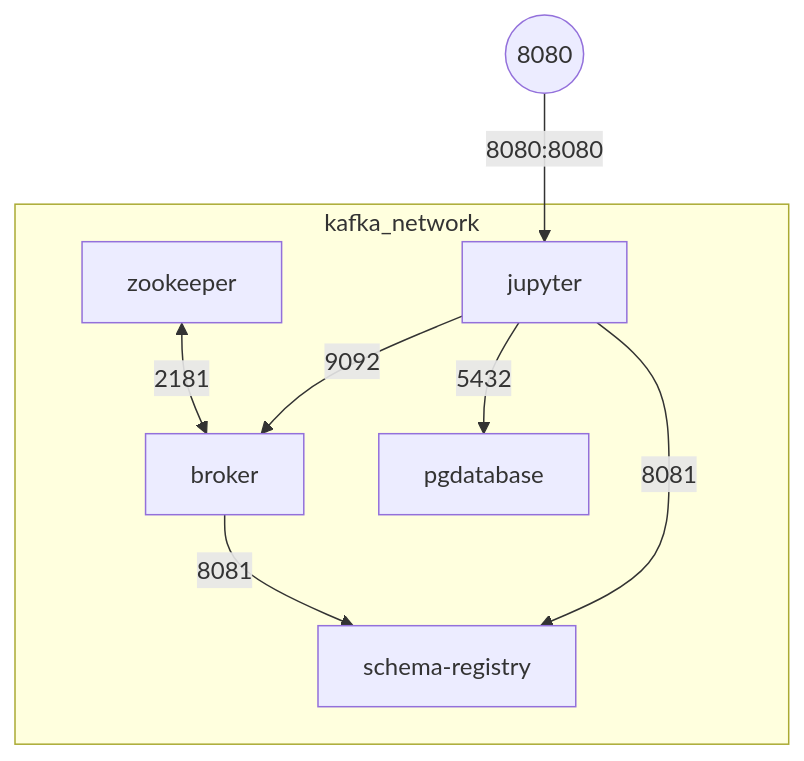
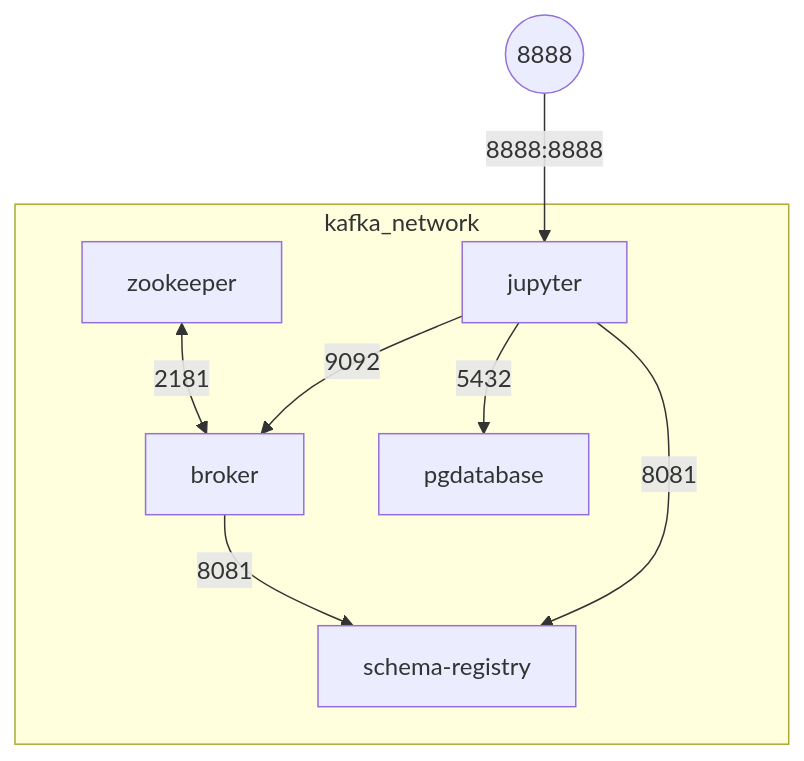
Before and after one commit to kaizen-ai/kaizenflow: the first of 2 diagrams in sorrentum_sandbox/spring2024/Spring2024_Data_Streaming_Platform_with_Apache_Kafka/README.md, drawn with Mermaid. The commit also changed other lines of this file, not shown here.

````diff
--- a/sorrentum_sandbox/spring2024/Spring2024_Data_Streaming_Platform_with_Apache_Kafka/README.md
+++ b/sorrentum_sandbox/spring2024/Spring2024_Data_Streaming_Platform_with_Apache_Kafka/README.md
@@ -52,16 +71,16 @@
 ```mermaid
 graph TD
 	subgraph m["kafka_network"]
 		Z["zookeeper"]
 		B["broker"]
 		SR["schema-registry"]
 		J["jupyter"]
 		PG["pgdatabase"]
 		Z <-- "2181" --> B
 		B -- "8081"  --> SR
 		J -- "9092" --> B
 		J -- "8081" --> SR
 		J -- "5432" --> PG
 	end
-	u((8080)) -- "8080:8080" --> J
+	u((8888)) -- "8888:8888" --> J
 ```
````
